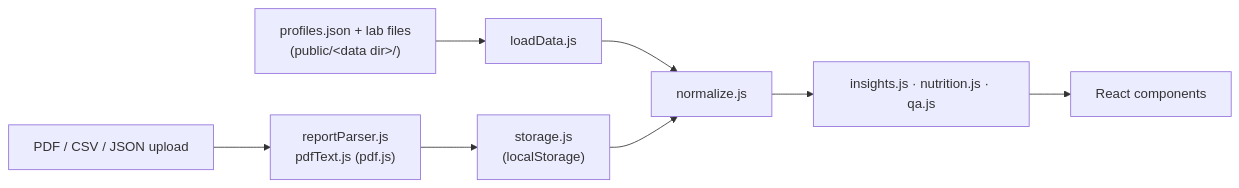
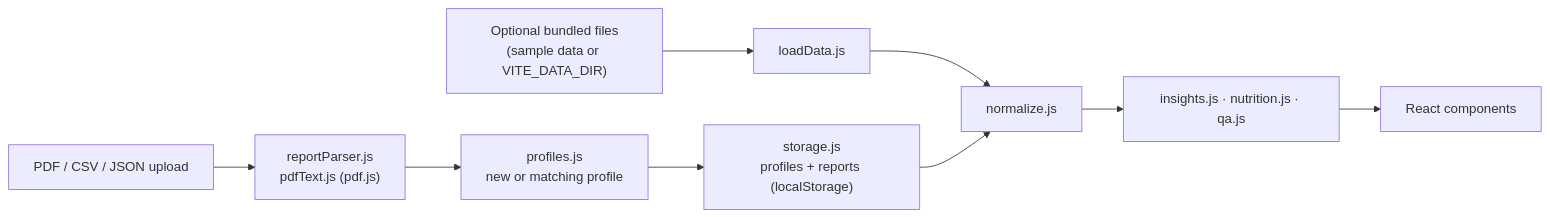
Before and after one commit to GuttulaSuresh/health-insights-dashboard: the diagram in README.md, drawn with Mermaid. The commit also changed other lines of this file and 28 other files, not shown here.

Commit message:
Create profiles from uploaded reports; hide sample data by default

````diff
--- a/README.md
+++ b/README.md
@@ -41,10 +45,11 @@
 ```mermaid
 flowchart LR
-    Files["profiles.json + lab files<br/>(public/&lt;data dir&gt;/)"] --> Loader[loadData.js]
     Upload["PDF / CSV / JSON upload"] --> Parser["reportParser.js<br/>pdfText.js (pdf.js)"]
-    Parser --> Storage["storage.js<br/>(localStorage)"]
+    Parser --> Profiles["profiles.js<br/>new or matching profile"]
+    Profiles --> Storage["storage.js<br/>profiles + reports (localStorage)"]
+    Files["Optional bundled files<br/>(sample data or VITE_DATA_DIR)"] --> Loader[loadData.js]
     Loader --> Normalize[normalize.js]
     Storage --> Normalize
     Normalize --> Engines["insights.js · nutrition.js · qa.js"]
     Engines --> UI["React components"]
 ```
````
